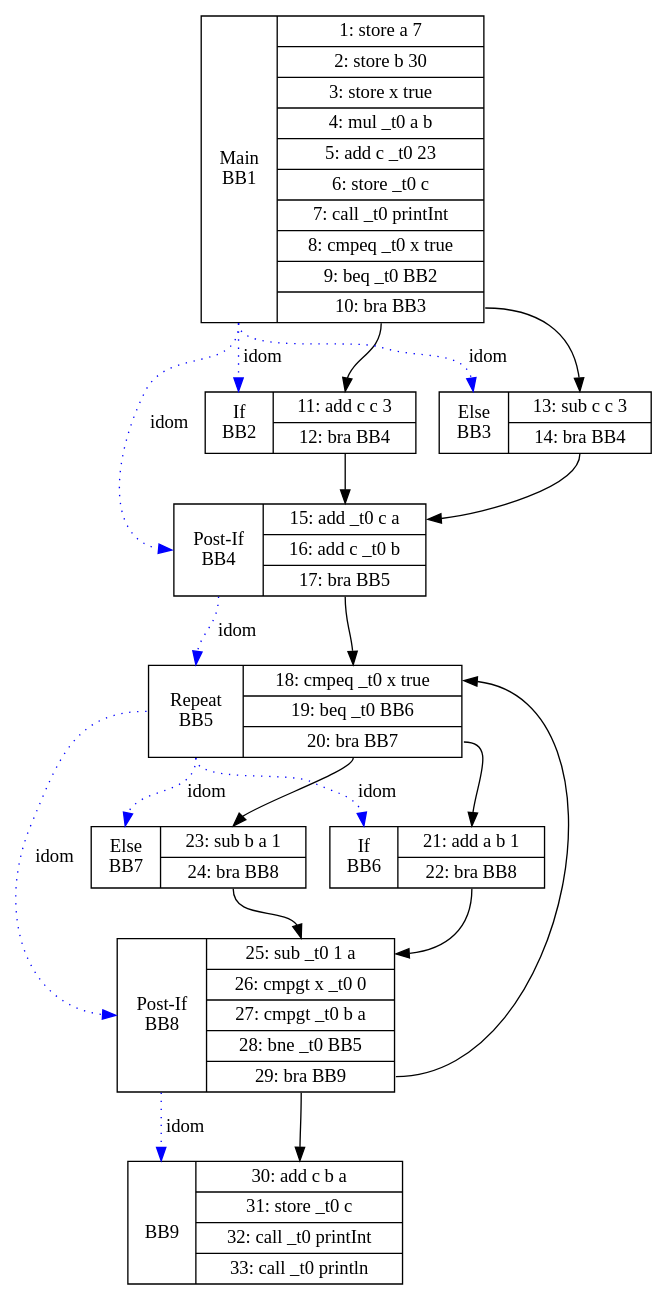
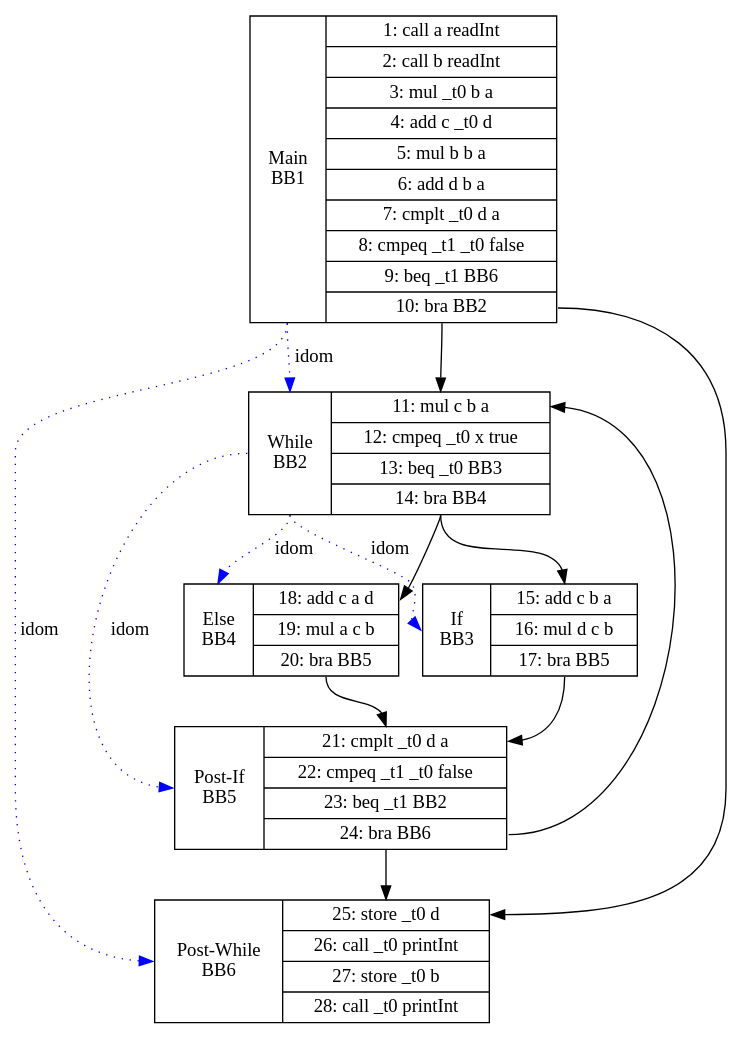
The diagram in graphs/cfg.dot (CoralRocker/CSCE434-Charlotte-Gaultier), drawn with Graphviz before and after one commit. The commit also changed 12 other files, not shown here.

```diff
--- a/graphs/cfg.dot
+++ b/graphs/cfg.dot
@@ -1,72 +1,55 @@
 digraph G {
 bb1 [shape=record, label="<B> Main \n BB1 | {<entry>
-	1: store a 7 
-|	2: store b 30 
-|	3: store x true 
-|	4: mul _t0 a b 
-|	5: add c _t0 23 
-|	6: store _t0 c 
-|	7: call _t0 printInt 
-|	8: cmpeq _t0 x true 
-|	9: beq _t0 BB2 
-|<exit>	10: bra BB3 
+	1: call a readInt 
+|	2: call b readInt 
+|	3: mul _t0 b a 
+|	4: add c _t0 d 
+|	5: mul b b a 
+|	6: add d b a 
+|	7: cmplt _t0 d a 
+|	8: cmpeq _t1 _t0 false 
+|	9: beq _t1 BB6 
+|<exit>	10: bra BB2 
 }"];
 bb1:exit -> bb2:entry
-bb1:exit -> bb3:entry
-bb2 [shape=record, label="<B> If \n BB2 | {<entry>
-	11: add c c 3 
-|<exit>	12: bra BB4 
+bb1:exit -> bb6:entry
+bb2 [shape=record, label="<B> While \n BB2 | {<entry>
+	11: mul c b a 
+|	12: cmpeq _t0 x true 
+|	13: beq _t0 BB3 
+|<exit>	14: bra BB4 
 }"];
+bb2:exit -> bb3:entry
 bb2:exit -> bb4:entry
 bb1:B -> bb2:B [style=dotted, color=blue, label=idom];
-bb3 [shape=record, label="<B> Else \n BB3 | {<entry>
-	13: sub c c 3 
-|<exit>	14: bra BB4 
+bb6 [shape=record, label="<B> Post-While \n BB6 | {<entry>
+	25: store _t0 d 
+|	26: call _t0 printInt 
+|	27: store _t0 b 
+|<exit>	28: call _t0 printInt 
 }"];
-bb3:exit -> bb4:entry
-bb1:B -> bb3:B [style=dotted, color=blue, label=idom];
-bb4 [shape=record, label="<B> Post-If \n BB4 | {<entry>
-	15: add _t0 c a 
-|	16: add c _t0 b 
+bb1:B -> bb6:B [style=dotted, color=blue, label=idom];
+bb3 [shape=record, label="<B> If \n BB3 | {<entry>
+	15: add c b a 
+|	16: mul d c b 
 |<exit>	17: bra BB5 
 }"];
+bb3:exit -> bb5:entry
+bb2:B -> bb3:B [style=dotted, color=blue, label=idom];
+bb4 [shape=record, label="<B> Else \n BB4 | {<entry>
+	18: add c a d 
+|	19: mul a c b 
+|<exit>	20: bra BB5 
+}"];
 bb4:exit -> bb5:entry
-bb1:B -> bb4:B [style=dotted, color=blue, label=idom];
-bb5 [shape=record, label="<B> Repeat \n BB5 | {<entry>
-	18: cmpeq _t0 x true 
-|	19: beq _t0 BB6 
-|<exit>	20: bra BB7 
+bb2:B -> bb4:B [style=dotted, color=blue, label=idom];
+bb5 [shape=record, label="<B> Post-If \n BB5 | {<entry>
+	21: cmplt _t0 d a 
+|	22: cmpeq _t1 _t0 false 
+|	23: beq _t1 BB2 
+|<exit>	24: bra BB6 
 }"];
+bb5:exit -> bb2:entry
 bb5:exit -> bb6:entry
-bb5:exit -> bb7:entry
-bb4:B -> bb5:B [style=dotted, color=blue, label=idom];
-bb6 [shape=record, label="<B> If \n BB6 | {<entry>
-	21: add a b 1 
-|<exit>	22: bra BB8 
-}"];
-bb6:exit -> bb8:entry
-bb5:B -> bb6:B [style=dotted, color=blue, label=idom];
-bb7 [shape=record, label="<B> Else \n BB7 | {<entry>
-	23: sub b a 1 
-|<exit>	24: bra BB8 
-}"];
-bb7:exit -> bb8:entry
-bb5:B -> bb7:B [style=dotted, color=blue, label=idom];
-bb8 [shape=record, label="<B> Post-If \n BB8 | {<entry>
-	25: sub _t0 1 a 
-|	26: cmpgt x _t0 0 
-|	27: cmpgt _t0 b a 
-|	28: bne _t0 BB5 
-|<exit>	29: bra BB9 
-}"];
-bb8:exit -> bb5:entry
-bb8:exit -> bb9:entry
-bb5:B -> bb8:B [style=dotted, color=blue, label=idom];
-bb9 [shape=record, label="<B>  \n BB9 | {<entry>
-	30: add c b a 
-|	31: store _t0 c 
-|	32: call _t0 printInt 
-|<exit>	33: call _t0 println 
-}"];
-bb8:B -> bb9:B [style=dotted, color=blue, label=idom];
+bb2:B -> bb5:B [style=dotted, color=blue, label=idom];
 }
```
